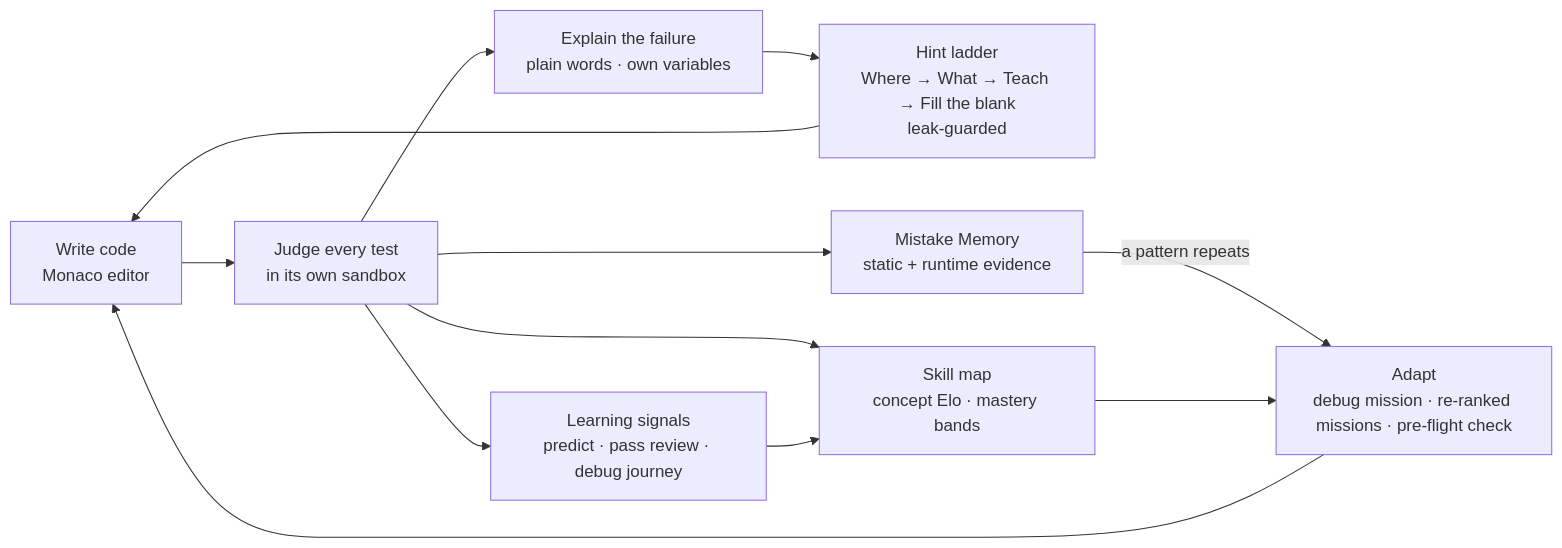
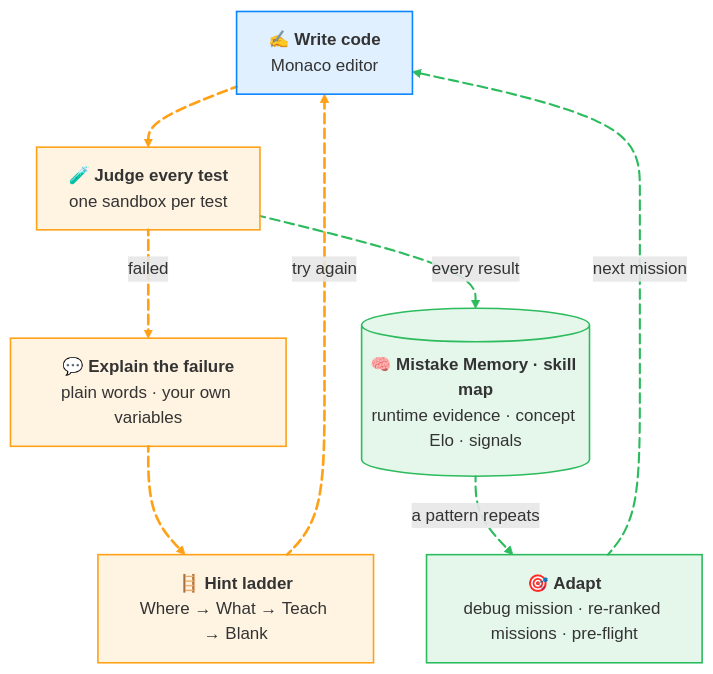
The first of 5 diagrams in README.md (HarshalAndhale9657/CodeQuest-AI-AI-Coding-Mentor-Debugging-Missions), drawn with Mermaid before and after one commit. The commit also changed other lines of this file, not shown here.

First line of the commit message:
docs(readme): animated, leveled architecture diagrams

````diff
--- a/README.md
+++ b/README.md
@@ -66,14 +66,38 @@
 ```mermaid
-flowchart LR
-    A["Write code<br/>Monaco editor"] --> B["Judge every test<br/>in its own sandbox"]
-    B --> C["Explain the failure<br/>plain words · own variables"]
-    C --> D["Hint ladder<br/>Where → What → Teach → Fill the blank<br/>leak-guarded"]
-    D --> A
-    B --> E["Mistake Memory<br/>static + runtime evidence"]
-    E -->|"a pattern repeats"| F["Adapt<br/>debug mission · re-ranked missions · pre-flight check"]
-    F --> A
-    B --> G["Skill map<br/>concept Elo · mastery bands"]
-    G --> F
-    B --> H["Learning signals<br/>predict · pass review · debug journey"]
-    H --> G
+flowchart TB
+    A["✍️ <b>Write code</b><br/>Monaco editor"]
+    B["🧪 <b>Judge every test</b><br/>one sandbox per test"]
+    C["💬 <b>Explain the failure</b><br/>plain words · your own variables"]
+    D["🪜 <b>Hint ladder</b><br/>Where → What → Teach → Blank"]
+    E[("🧠 <b>Mistake Memory · skill map</b><br/>runtime evidence · concept Elo · signals")]
+    F["🎯 <b>Adapt</b><br/>debug mission · re-ranked missions · pre-flight"]
+    A a1@==> B
+    B a2@==>|"failed"| C
+    C a3@==> D
+    D a4@==>|"try again"| A
+    B m1@-->|"every result"| E
+    E m2@-->|"a pattern repeats"| F
+    F m3@-->|"next mission"| A
+    a1@{ animation: fast }
+    a2@{ animation: fast }
+    a3@{ animation: fast }
+    a4@{ animation: fast }
+    m1@{ animation: slow }
+    m2@{ animation: slow }
+    m3@{ animation: slow }
+    classDef zone fill:#8b949e0f,stroke:#8b949e66,stroke-width:1px,stroke-dasharray:6\,4
+    classDef client fill:#0a84ff1f,stroke:#0a84ff,stroke-width:1.5px
+    classDef core fill:#ffa1161f,stroke:#ffa116,stroke-width:1.5px
+    classDef learn fill:#2cbb5d1f,stroke:#2cbb5d,stroke-width:1.5px
+    classDef box fill:#ef47431a,stroke:#ef4743,stroke-width:1.5px
+    classDef ai fill:#bf5af21a,stroke:#bf5af2,stroke-width:1.5px,stroke-dasharray:5\,4
+    classDef ext fill:#8b949e14,stroke:#8b949e,stroke-width:1px,stroke-dasharray:4\,3
+    classDef hot stroke:#ffa116,stroke-width:2.5px
+    classDef mem stroke:#2cbb5d,stroke-width:2px
+    classDef cool stroke:#0a84ff,stroke-width:2px
+    class A client
+    class B,C,D core
+    class E,F learn
+    class a1,a2,a3,a4 hot
+    class m1,m2,m3 mem
 ```
````
